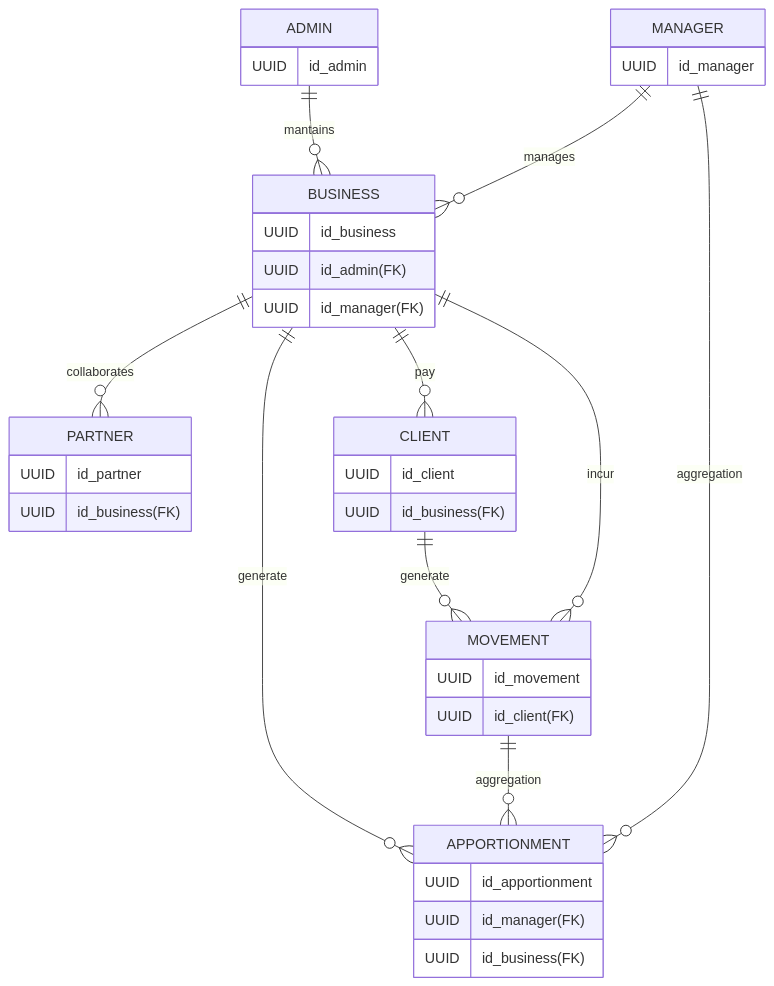
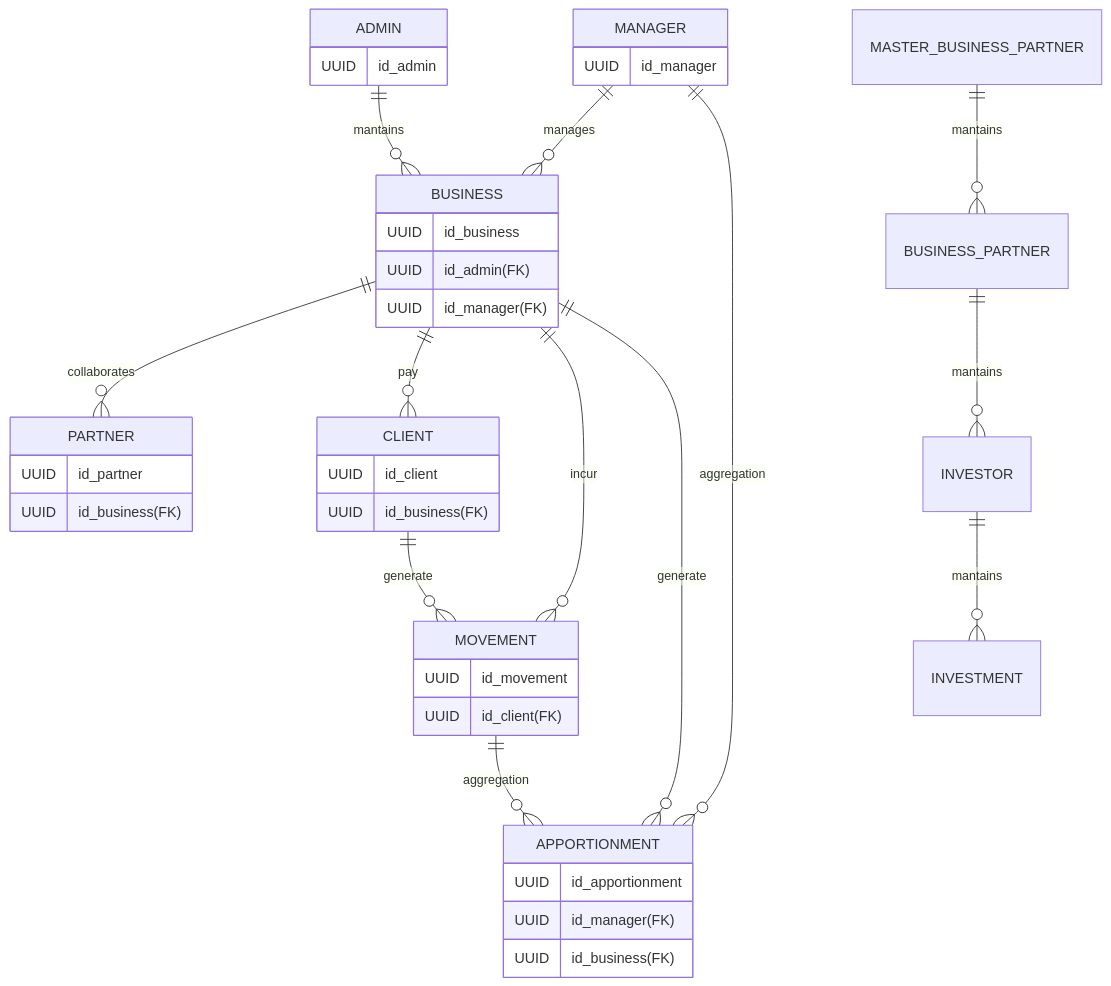
The first of 4 diagrams in ARCHITECTURE.md (git-jrm/management-system), drawn with Mermaid before and after one commit.

````diff
--- a/ARCHITECTURE.md
+++ b/ARCHITECTURE.md
@@ -5,41 +5,45 @@
 ```mermaid
 erDiagram
     ADMIN ||--o{ BUSINESS : mantains
     BUSINESS ||--o{ PARTNER : collaborates
     BUSINESS ||--o{ CLIENT : pay
     PARTNER
     MANAGER ||--o{ BUSINESS : manages
     CLIENT ||--o{ MOVEMENT : generate
     BUSINESS ||--o{ MOVEMENT : incur
     BUSINESS ||--o{ APPORTIONMENT : generate
     MOVEMENT ||--o{ APPORTIONMENT : aggregation
     MANAGER ||--o{ APPORTIONMENT : aggregation
     ADMIN {
         UUID id_admin
     }
     MANAGER {
         UUID id_manager
     }
     BUSINESS {
         UUID id_business
         UUID id_admin(FK)
         UUID id_manager(FK)
     }
     PARTNER {
         UUID id_partner
         UUID id_business(FK)
     }
     APPORTIONMENT{ 
         UUID id_apportionment
         UUID id_manager(FK)
         UUID id_business(FK)
     }
     CLIENT {
         UUID id_client
         UUID id_business(FK)
     }
     MOVEMENT {
         UUID id_movement
         UUID id_client(FK)
     }
+
+    INVESTOR ||--o{ INVESTMENT : mantains
+    BUSINESS_PARTNER ||--o{ INVESTOR : mantains
+    MASTER_BUSINESS_PARTNER ||--o{ BUSINESS_PARTNER : mantains
 ```
````
